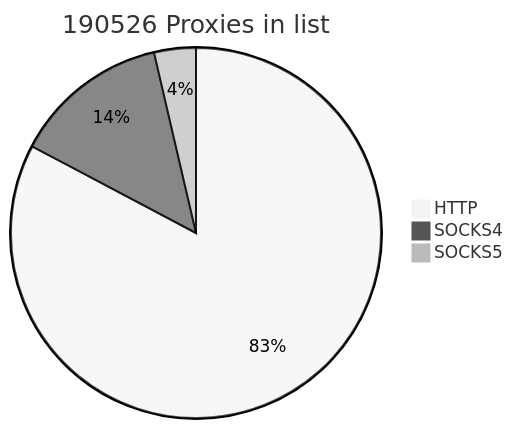
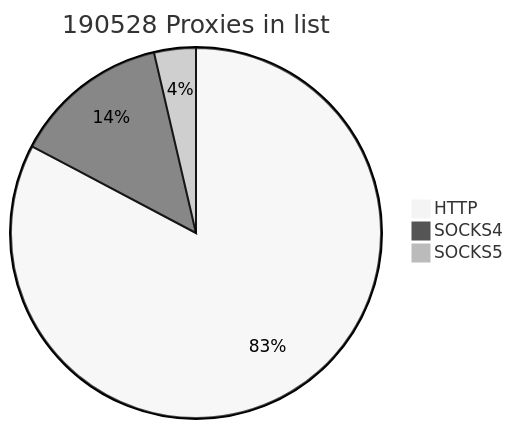
Before and after one commit to cutipu/proxylist: the first of 2 diagrams in README.md, drawn with Mermaid (neutral theme). The commit also changed other lines of this file, not shown here.

````diff
--- a/README.md
+++ b/README.md
@@ -2,7 +2,7 @@
 ```mermaid
-pie title 190526 Proxies in list
+pie title 190528 Proxies in list
     "HTTP" : 157642
-    "SOCKS4" : 25943
-    "SOCKS5" : 6941
+    "SOCKS4" : 25944
+    "SOCKS5" : 6942
             
 ```
````
